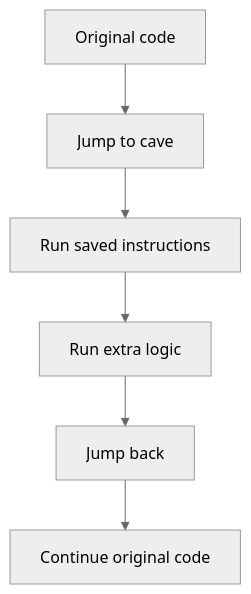
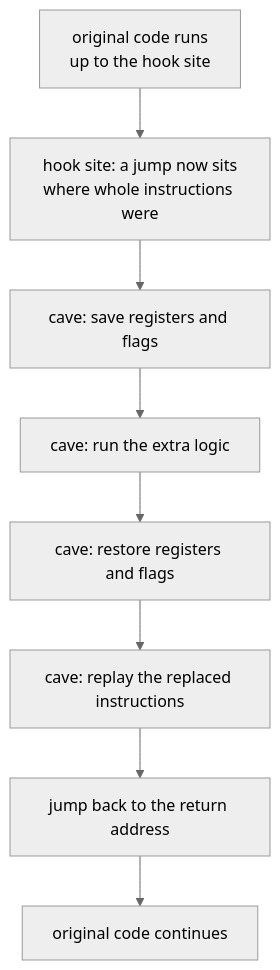
The first of 3 diagrams in _pages/02-debugging-control-flow/06-code-caves-and-detours.md (MustCodeAl/rust-game-hacking-book), drawn with Mermaid (neutral theme) before and after one commit. The commit also changed other lines of this file and 5 other files, not shown here.

First line of the commit message:
Add figures and diagrams across Chapter 2

````diff
--- a/_pages/02-debugging-control-flow/06-code-caves-and-detours.md
+++ b/_pages/02-debugging-control-flow/06-code-caves-and-detours.md
@@ -29,8 +29,10 @@
 ```mermaid
 flowchart TD
-    A["Original code"] --> B["Jump to cave"]
-    B --> C["Run saved instructions"]
-    C --> D["Run extra logic"]
-    D --> E["Jump back"]
-    E --> F["Continue original code"]
+    A["original code runs<br/>up to the hook site"] --> B["hook site: a jump now sits<br/>where whole instructions were"]
+    B --> C["cave: save registers and flags"]
+    C --> D["cave: run the extra logic"]
+    D --> E["cave: restore registers and flags"]
+    E --> F["cave: replay the replaced instructions"]
+    F --> G["jump back to the return address"]
+    G --> H["original code continues"]
 ```
````
